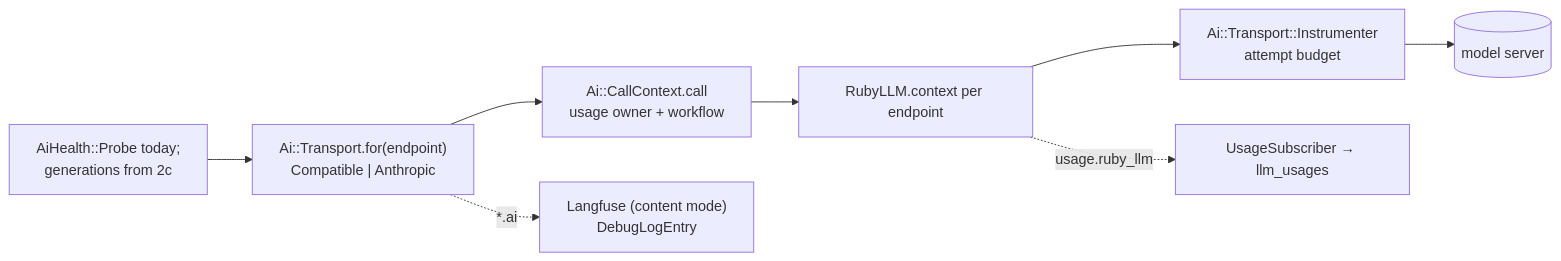
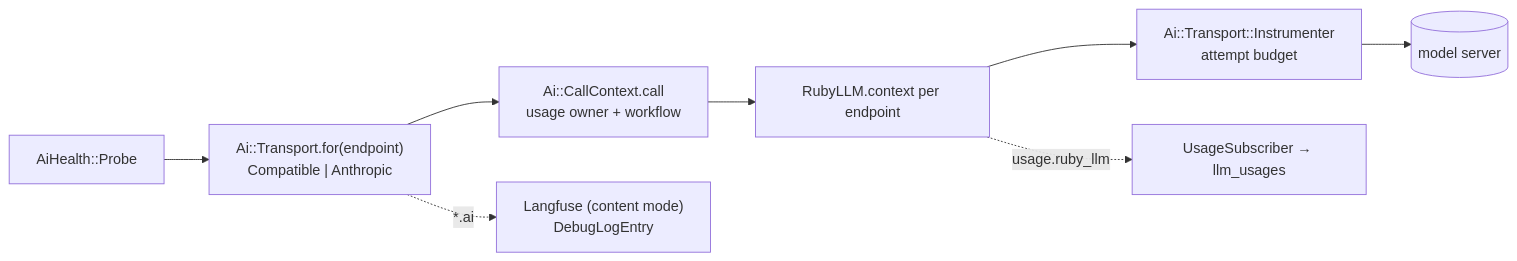
The diagram in docs/llm-guides/ai-pipeline.md (we-promise/sure), drawn with Mermaid before and after one commit. The commit also changed other lines of this file and 6 other files, not shown here.

````diff
--- a/docs/llm-guides/ai-pipeline.md
+++ b/docs/llm-guides/ai-pipeline.md
@@ -10,10 +8,10 @@
 ```mermaid
 flowchart LR
-  Caller["AiHealth::Probe today;<br/>generations from 2c"] --> T["Ai::Transport.for(endpoint)<br/>Compatible | Anthropic"]
+  Caller["AiHealth::Probe"] --> T["Ai::Transport.for(endpoint)<br/>Compatible | Anthropic"]
   T --> CC["Ai::CallContext.call<br/>usage owner + workflow"]
   CC --> R["RubyLLM.context per endpoint"]
   R --> I["Ai::Transport::Instrumenter<br/>attempt budget"]
   I --> S[("model server")]
   R -. "usage.ruby_llm" .-> U["UsageSubscriber → llm_usages"]
   T -. "*.ai" .-> L["Langfuse (content mode)<br/>DebugLogEntry"]
 ```
````
